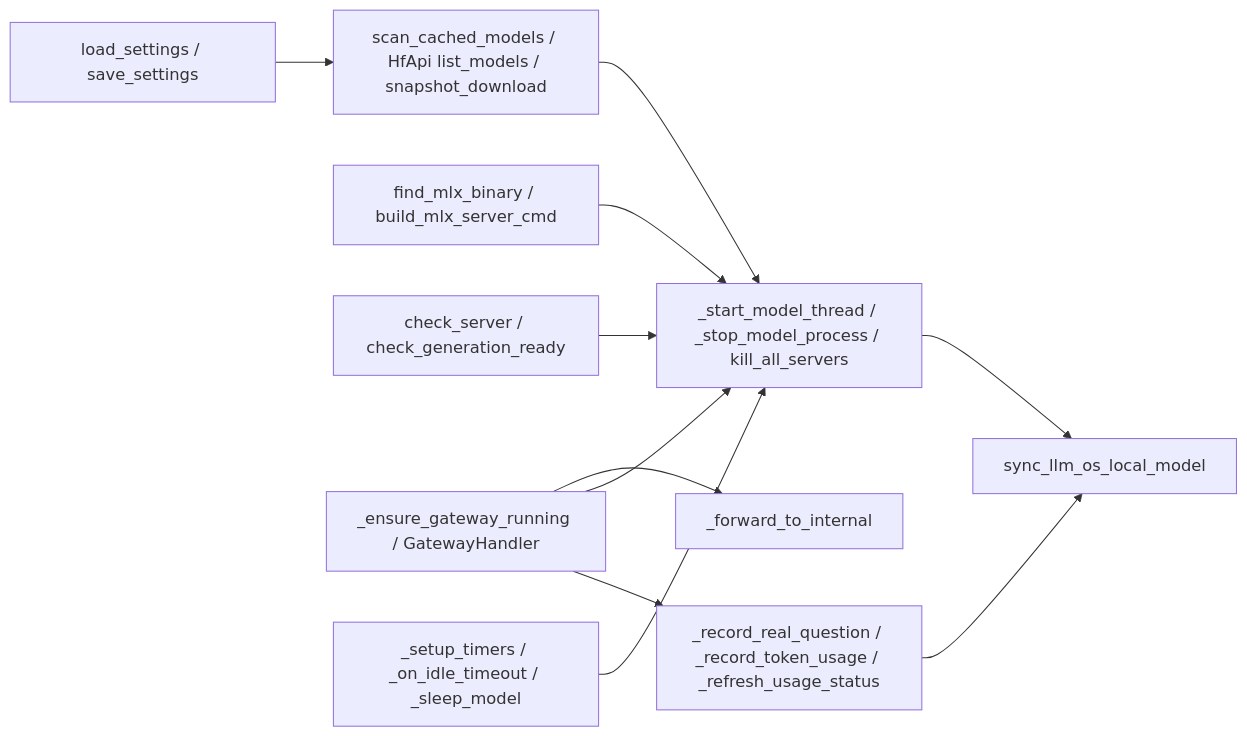
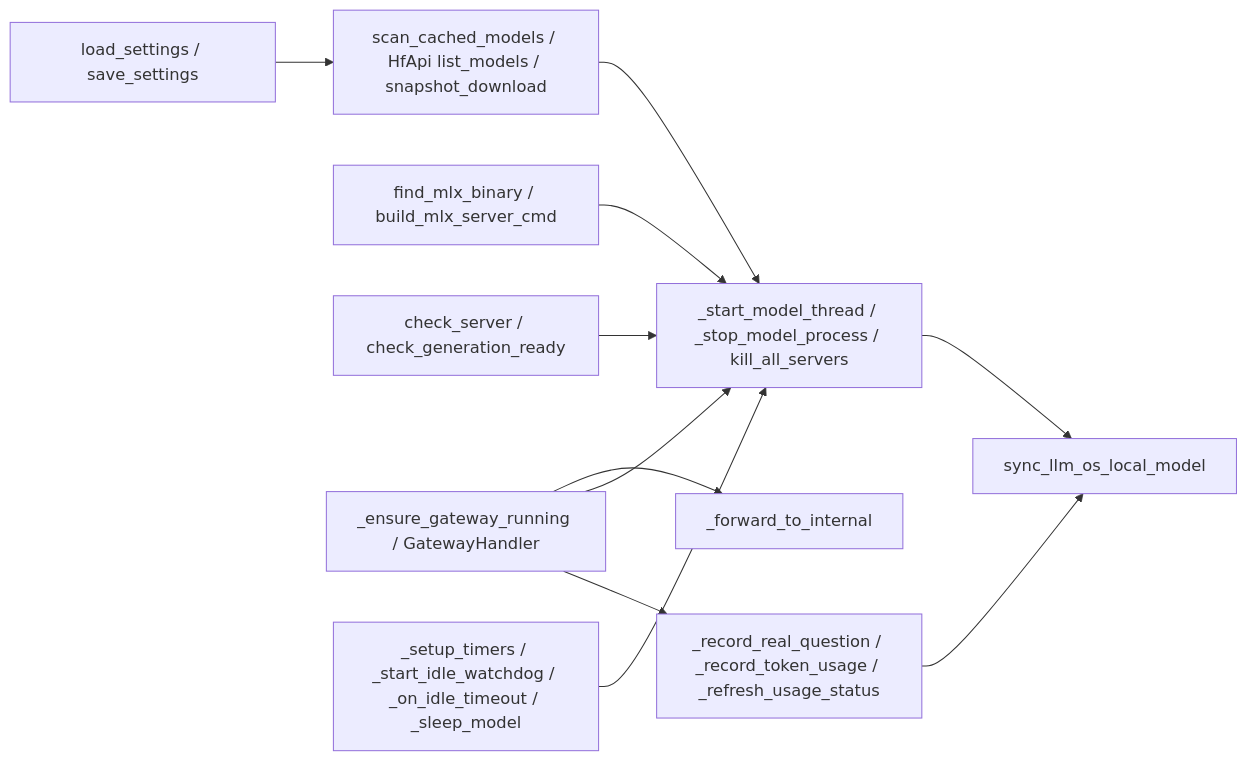
Before and after one commit to agabrielson/MlxManager: the fourth of 7 diagrams in docs/c4_architecture.md, drawn with Mermaid. The commit also changed other lines of this file and 2 other files, not shown here.

Commit message:
Fix idle sleep watchdog

````diff
--- a/docs/c4_architecture.md
+++ b/docs/c4_architecture.md
@@ -143,24 +143,24 @@
 ```mermaid
 flowchart LR
     settings["load_settings / save_settings"]
     discovery["scan_cached_models / HfApi list_models / snapshot_download"]
     servercmd["find_mlx_binary / build_mlx_server_cmd"]
     health["check_server / check_generation_ready"]
     lifecycle["_start_model_thread / _stop_model_process / kill_all_servers"]
     gateway["_ensure_gateway_running / GatewayHandler"]
     forward["_forward_to_internal"]
-    idle["_setup_timers / _on_idle_timeout / _sleep_model"]
+    idle["_setup_timers / _start_idle_watchdog / _on_idle_timeout / _sleep_model"]
     usage["_record_real_question / _record_token_usage / _refresh_usage_status"]
     sync["sync_llm_os_local_model"]
 
     settings --> discovery
     discovery --> lifecycle
     servercmd --> lifecycle
     health --> lifecycle
     gateway --> forward
     gateway --> lifecycle
     gateway --> usage
     idle --> lifecycle
     usage --> sync
     lifecycle --> sync
 ```
````
